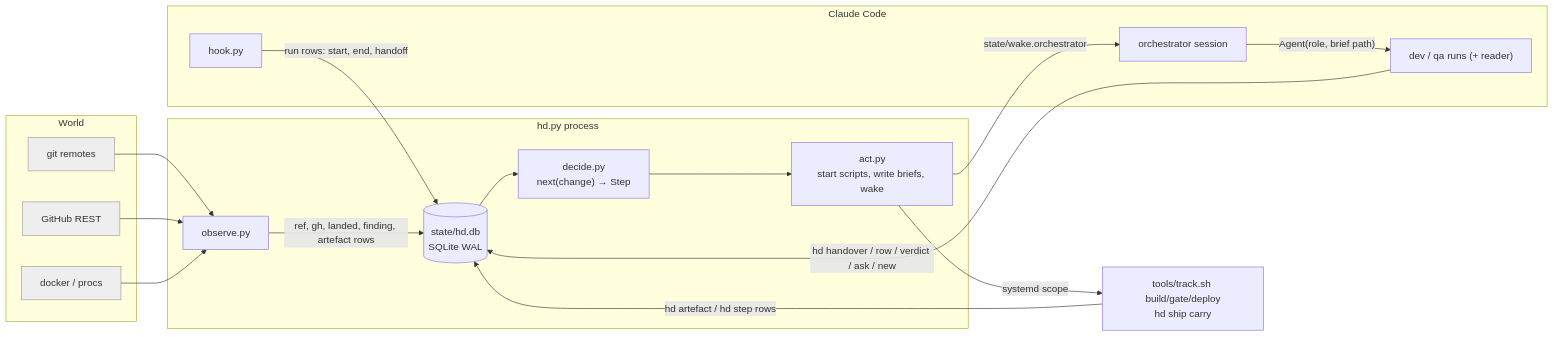
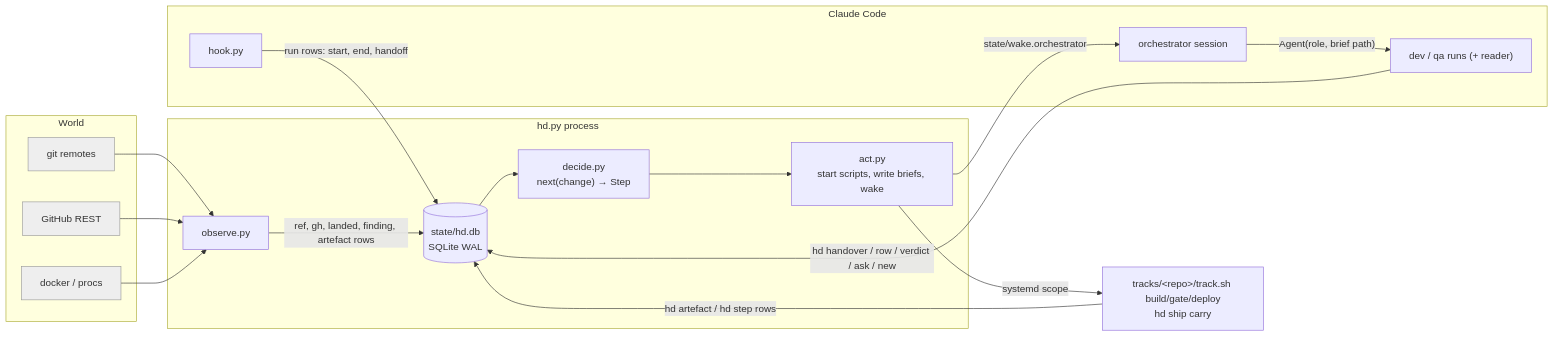
Before and after one commit to AlexPerrin/RuneHarness: the first of 9 diagrams in docs/V9-PROPOSAL.md, drawn with Mermaid. The commit also changed other lines of this file and 14 other files, not shown here.

First line of the commit message:
v9: inheritance audit — scripts and skills move into this repo (tracks/, .claude/skills/), rows are script|judge, handover records only, no Limits, no docfmt, build semaphore, upstream flag

````diff
--- a/docs/V9-PROPOSAL.md
+++ b/docs/V9-PROPOSAL.md
@@ -13,31 +13,31 @@
 ```mermaid
 flowchart LR
   subgraph world["World"]
     G["git remotes"]:::w
     H["GitHub REST"]:::w
     D["docker / procs"]:::w
   end
   subgraph hd["hd.py process"]
     O["observe.py"]
     DB[(state/hd.db<br/>SQLite WAL)]
     DE["decide.py<br/>next(change) → Step"]
     A["act.py<br/>start scripts, write briefs, wake"]
   end
   subgraph agents["Claude Code"]
     OR["orchestrator session"]
     R["dev / qa runs (+ reader)"]
     HK["hook.py"]
   end
   G --> O
   H --> O
   D --> O
   O -->|"ref, gh, landed, finding, artefact rows"| DB
   DB --> DE --> A
-  A -->|"systemd scope"| S["tools/track.sh build/gate/deploy<br/>hd ship carry"]
+  A -->|"systemd scope"| S["tracks/&lt;repo&gt;/track.sh build/gate/deploy<br/>hd ship carry"]
   S -->|"hd artefact / hd step rows"| DB
   A -->|"state/wake.orchestrator"| OR
   OR -->|"Agent(role, brief path)"| R
   R -->|"hd handover / row / verdict / ask / new"| DB
   HK -->|"run rows: start, end, handoff"| DB
   classDef w fill:#eee,stroke:#999
 ```
````
